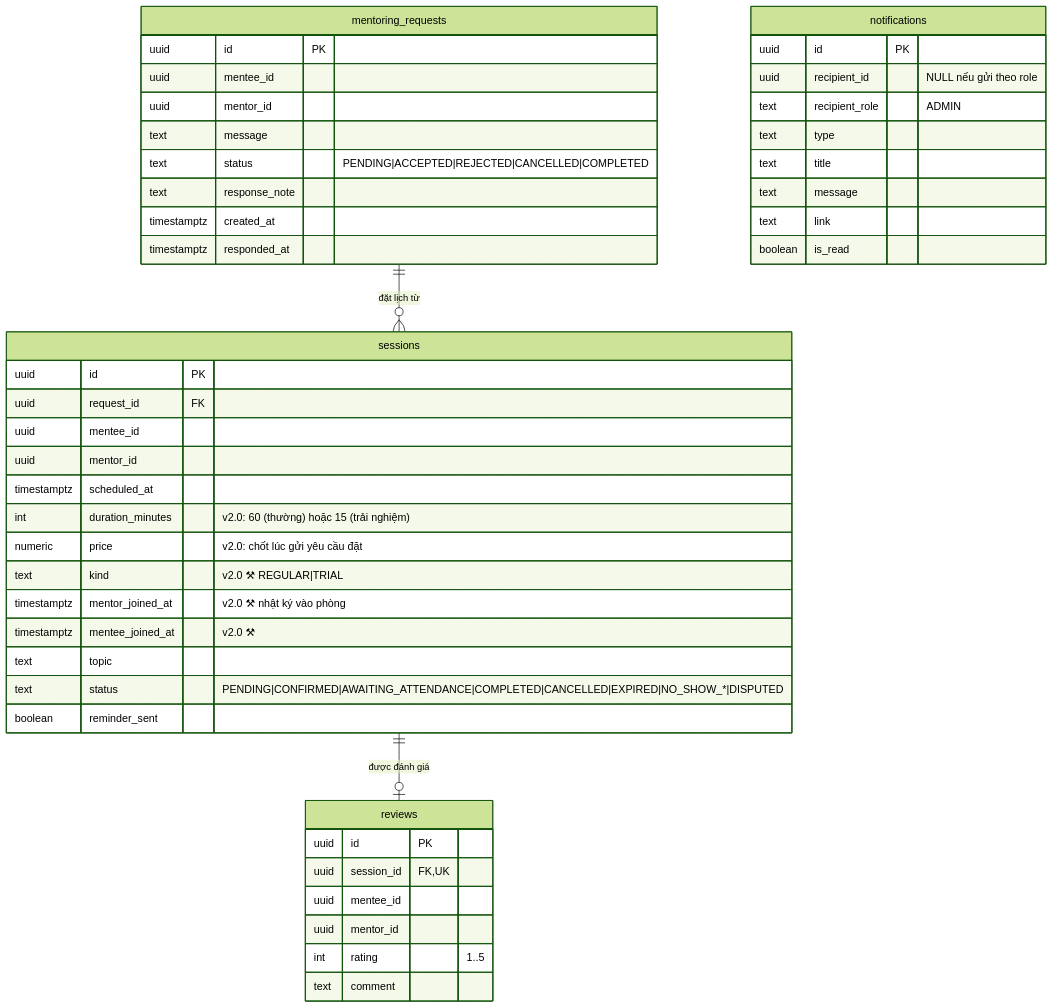
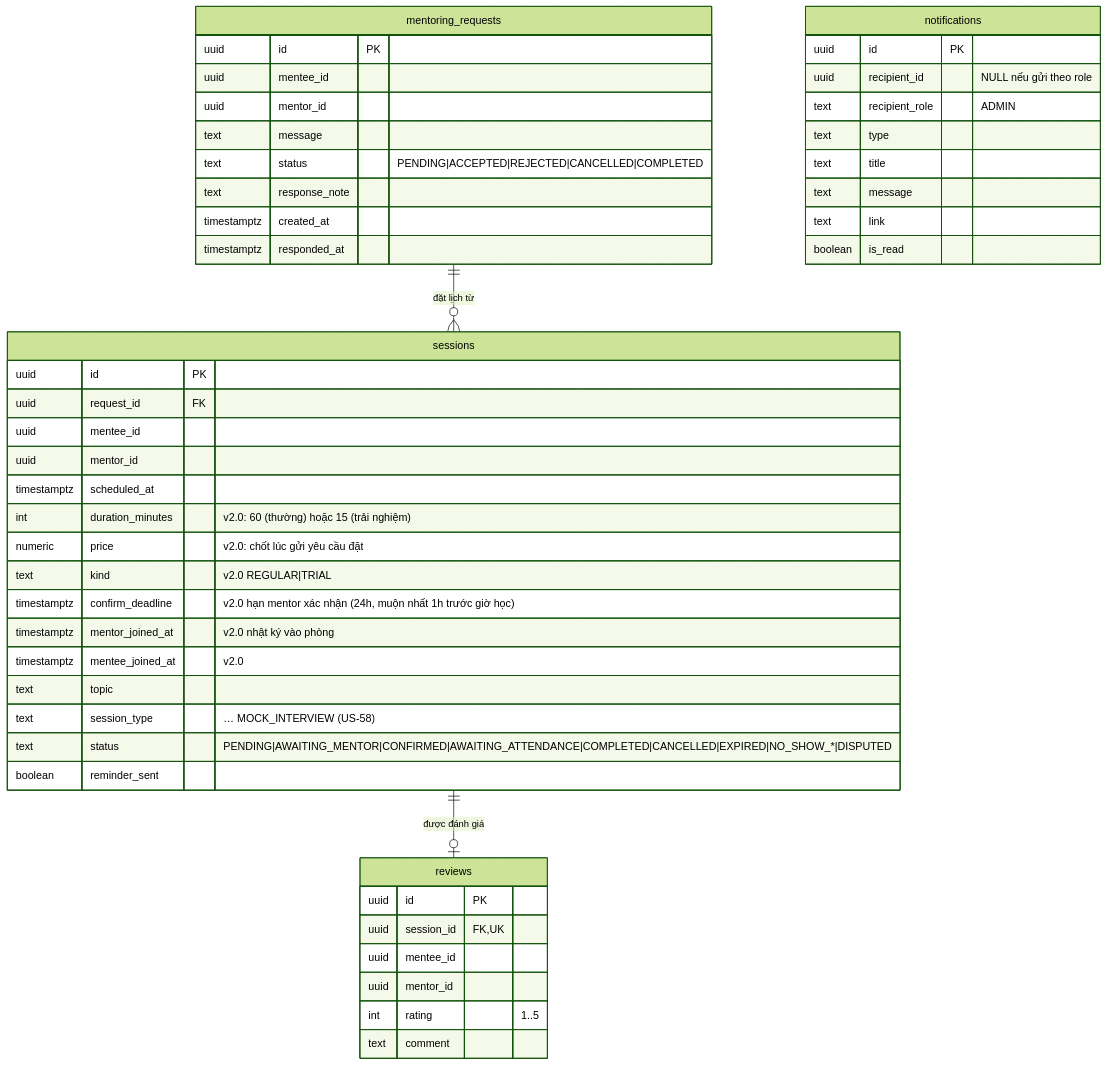
One commit to quangpham10212004/do_an_2026 changed the fourth of 8 diagrams in docs/database-design.md. Above: the diagram before and after it, drawn with Mermaid (forest theme). The commit also changed other lines of this file and 4 other files, not shown here.

Commit message:
docs: v2.0 status — SRD ticks, real API paths, wallet/referral schema, handoff update

````diff
--- a/docs/database-design.md
+++ b/docs/database-design.md
@@ -159,49 +159,51 @@
 ```mermaid
 erDiagram
     mentoring_requests ||--o{ sessions : "đặt lịch từ"
     sessions ||--o| reviews : "được đánh giá"
 
     mentoring_requests {
         uuid id PK
         uuid mentee_id
         uuid mentor_id
         text message
         text status "PENDING|ACCEPTED|REJECTED|CANCELLED|COMPLETED"
         text response_note
         timestamptz created_at
         timestamptz responded_at
     }
     sessions {
         uuid id PK
         uuid request_id FK
         uuid mentee_id
         uuid mentor_id
         timestamptz scheduled_at
         int duration_minutes "v2.0: 60 (thường) hoặc 15 (trải nghiệm)"
         numeric price "v2.0: chốt lúc gửi yêu cầu đặt"
-        text kind "v2.0 ⚒ REGULAR|TRIAL"
-        timestamptz mentor_joined_at "v2.0 ⚒ nhật ký vào phòng"
-        timestamptz mentee_joined_at "v2.0 ⚒"
+        text kind "v2.0 REGULAR|TRIAL"
+        timestamptz confirm_deadline "v2.0 hạn mentor xác nhận (24h, muộn nhất 1h trước giờ học)"
+        timestamptz mentor_joined_at "v2.0 nhật ký vào phòng"
+        timestamptz mentee_joined_at "v2.0"
         text topic
-        text status "PENDING|CONFIRMED|AWAITING_ATTENDANCE|COMPLETED|CANCELLED|EXPIRED|NO_SHOW_*|DISPUTED"
+        text session_type "… MOCK_INTERVIEW (US-58)"
+        text status "PENDING|AWAITING_MENTOR|CONFIRMED|AWAITING_ATTENDANCE|COMPLETED|CANCELLED|EXPIRED|NO_SHOW_*|DISPUTED"
         boolean reminder_sent
     }
     reviews {
         uuid id PK
         uuid session_id FK,UK
         uuid mentee_id
         uuid mentor_id
         int rating "1..5"
         text comment
     }
     notifications {
         uuid id PK
         uuid recipient_id "NULL nếu gửi theo role"
         text recipient_role "ADMIN"
         text type
         text title
         text message
         text link
         boolean is_read
     }
 ```
````
